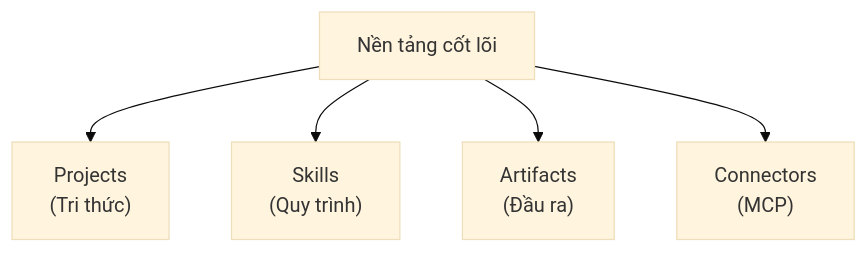
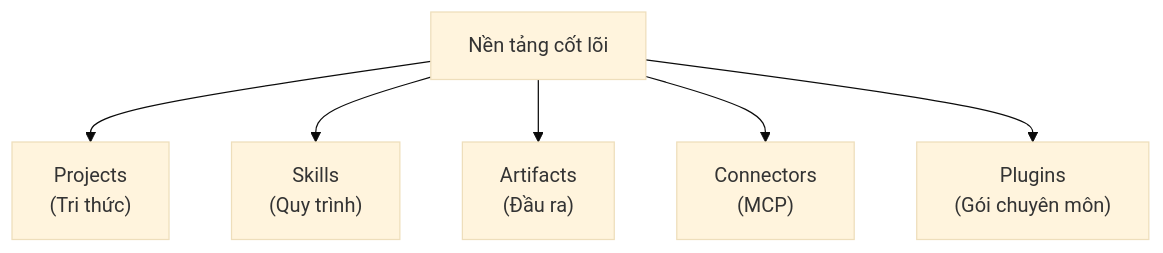
The diagram in Claude Ecosystem/Nền tảng cốt lõi.md (nthoang1996/claude-knowledge), drawn with Mermaid (base theme) before and after one commit. The commit also changed other lines of this file and 9 other files, not shown here.

````diff
--- a/Claude Ecosystem/Nền tảng cốt lõi.md
+++ b/Claude Ecosystem/Nền tảng cốt lõi.md
@@ -14,7 +14,8 @@
 ```mermaid
 graph TD
     A["Nền tảng cốt lõi"] --> A1["Projects<br/>(Tri thức)"]
     A --> A2["Skills<br/>(Quy trình)"]
     A --> A3["Artifacts<br/>(Đầu ra)"]
     A --> A4["Connectors<br/>(MCP)"]
+    A --> A5["Plugins<br/>(Gói chuyên môn)"]
 ```
````
